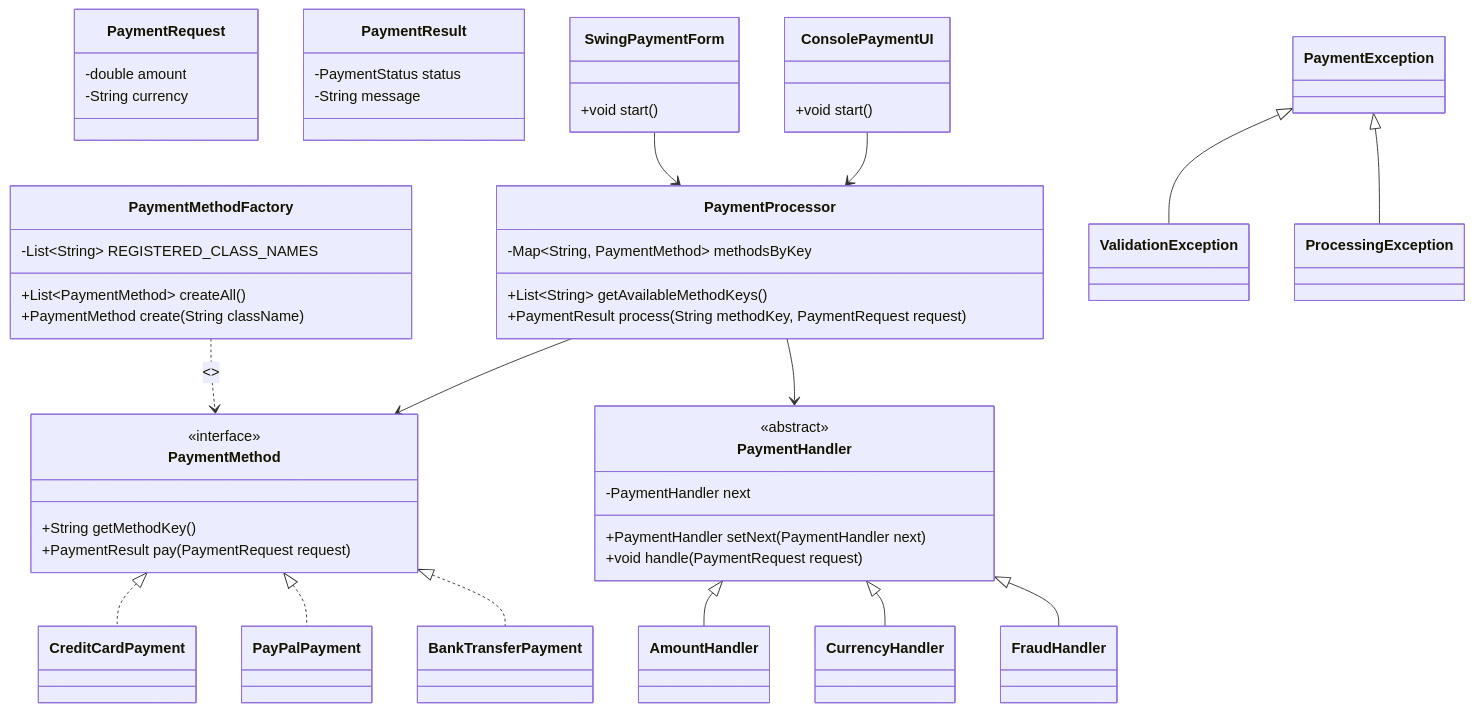
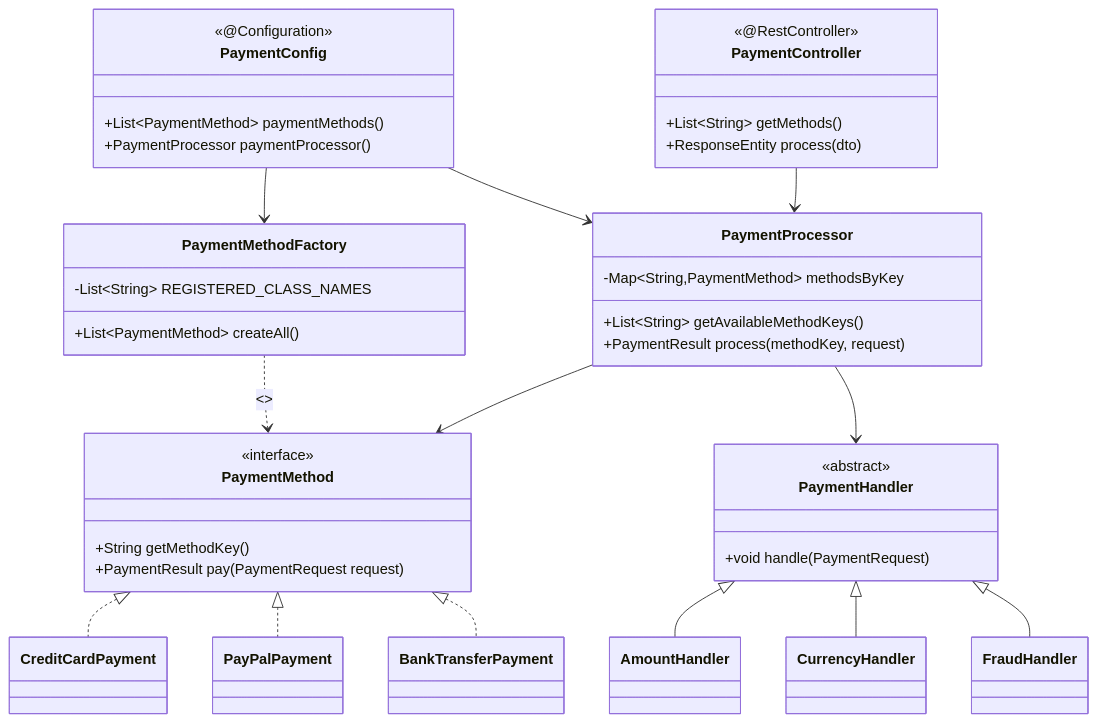
Before and after one commit to SamedBilginAlternet/n11_final: the first of 2 diagrams in README.md, drawn with Mermaid. The commit also changed other lines of this file, not shown here.

Commit message:
docs: rewrite README for Spring Boot, Docker, REST API, and updated diagrams

````diff
--- a/README.md
+++ b/README.md
@@ -80,71 +124,56 @@
 ```mermaid
 classDiagram
     class PaymentMethod {
       <<interface>>
       +String getMethodKey()
       +PaymentResult pay(PaymentRequest request)
     }
 
     class PaymentMethodFactory {
       -List~String~ REGISTERED_CLASS_NAMES
       +List~PaymentMethod~ createAll()
-      +PaymentMethod create(String className)
+    }
+
+    class PaymentConfig {
+      <<@Configuration>>
+      +List~PaymentMethod~ paymentMethods()
+      +PaymentProcessor paymentProcessor()
+    }
+
+    class PaymentController {
+      <<@RestController>>
+      +List~String~ getMethods()
+      +ResponseEntity process(dto)
+    }
+
+    class PaymentProcessor {
+      -Map~String,PaymentMethod~ methodsByKey
+      +List~String~ getAvailableMethodKeys()
+      +PaymentResult process(methodKey, request)
+    }
+
+    class PaymentHandler {
+      <<abstract>>
+      +void handle(PaymentRequest)
     }
 
     class CreditCardPayment
     class PayPalPayment
     class BankTransferPayment
-
-    class PaymentProcessor {
-      -Map~String, PaymentMethod~ methodsByKey
-      +List~String~ getAvailableMethodKeys()
-      +PaymentResult process(String methodKey, PaymentRequest request)
-    }
-
-    class PaymentHandler {
-      <<abstract>>
-      -PaymentHandler next
-      +PaymentHandler setNext(PaymentHandler next)
-      +void handle(PaymentRequest request)
-    }
-
     class AmountHandler
     class CurrencyHandler
     class FraudHandler
 
-    class PaymentRequest {
-      -double amount
-      -String currency
-    }
-
-    class PaymentResult {
-      -PaymentStatus status
-      -String message
-    }
-
-    class PaymentException
-    class ValidationException
-    class ProcessingException
-
-    class SwingPaymentForm {
-      +void start()
-    }
-
-    class ConsolePaymentUI {
-      +void start()
-    }
-
     PaymentMethod <|.. CreditCardPayment
     PaymentMethod <|.. PayPalPayment
     PaymentMethod <|.. BankTransferPayment
-    PaymentMethodFactory ..> PaymentMethod : <<creates via reflection>>
+    PaymentMethodFactory ..> PaymentMethod : <<reflection>>
+    PaymentConfig --> PaymentMethodFactory
+    PaymentConfig --> PaymentProcessor
+    PaymentController --> PaymentProcessor
+    PaymentProcessor --> PaymentHandler
     PaymentProcessor --> PaymentMethod
-    PaymentProcessor --> PaymentHandler
     PaymentHandler <|-- AmountHandler
     PaymentHandler <|-- CurrencyHandler
     PaymentHandler <|-- FraudHandler
-    PaymentException <|-- ValidationException
-    PaymentException <|-- ProcessingException
-    SwingPaymentForm --> PaymentProcessor
-    ConsolePaymentUI --> PaymentProcessor
 ```
````
